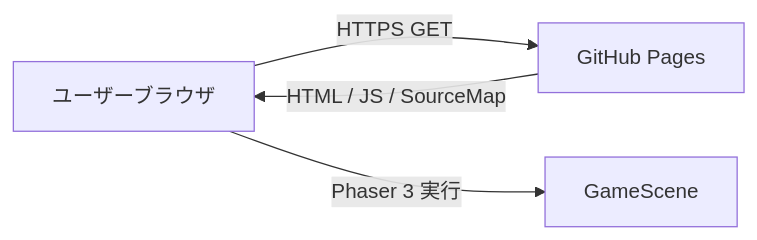
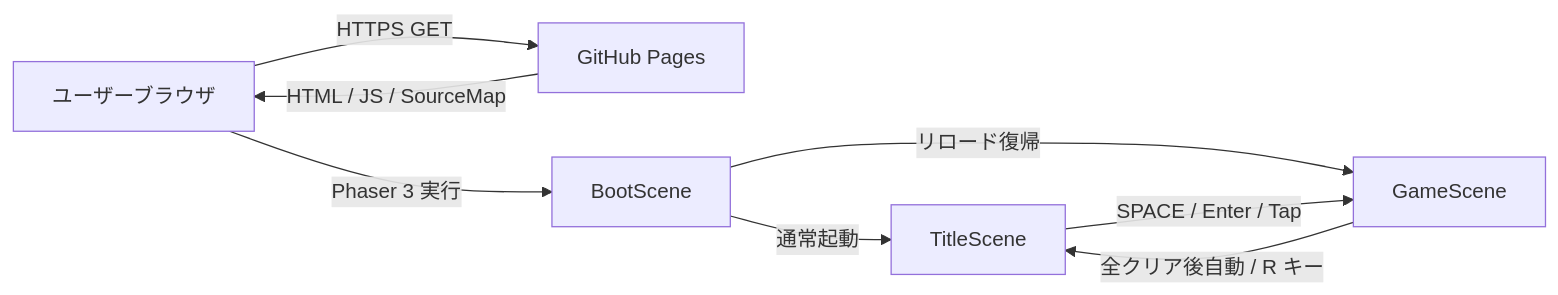
One commit to n-yata/chiku-clock-run changed the first of 5 diagrams in docs/functional-design.md. Above: the diagram before and after it, drawn with Mermaid. The commit also changed other lines of this file and 2 other files, not shown here.

````diff
--- a/docs/functional-design.md
+++ b/docs/functional-design.md
@@ -16,6 +16,10 @@
 ```mermaid
 graph LR
     U[ユーザーブラウザ] -->|HTTPS GET| P[GitHub Pages]
     P -->|HTML / JS / SourceMap| U
-    U -->|Phaser 3 実行| G[GameScene]
+    U -->|Phaser 3 実行| B[BootScene]
+    B -->|通常起動| T[TitleScene]
+    B -->|リロード復帰| G[GameScene]
+    T -->|SPACE / Enter / Tap| G
+    G -->|全クリア後自動 / R キー| T
 ```
````
